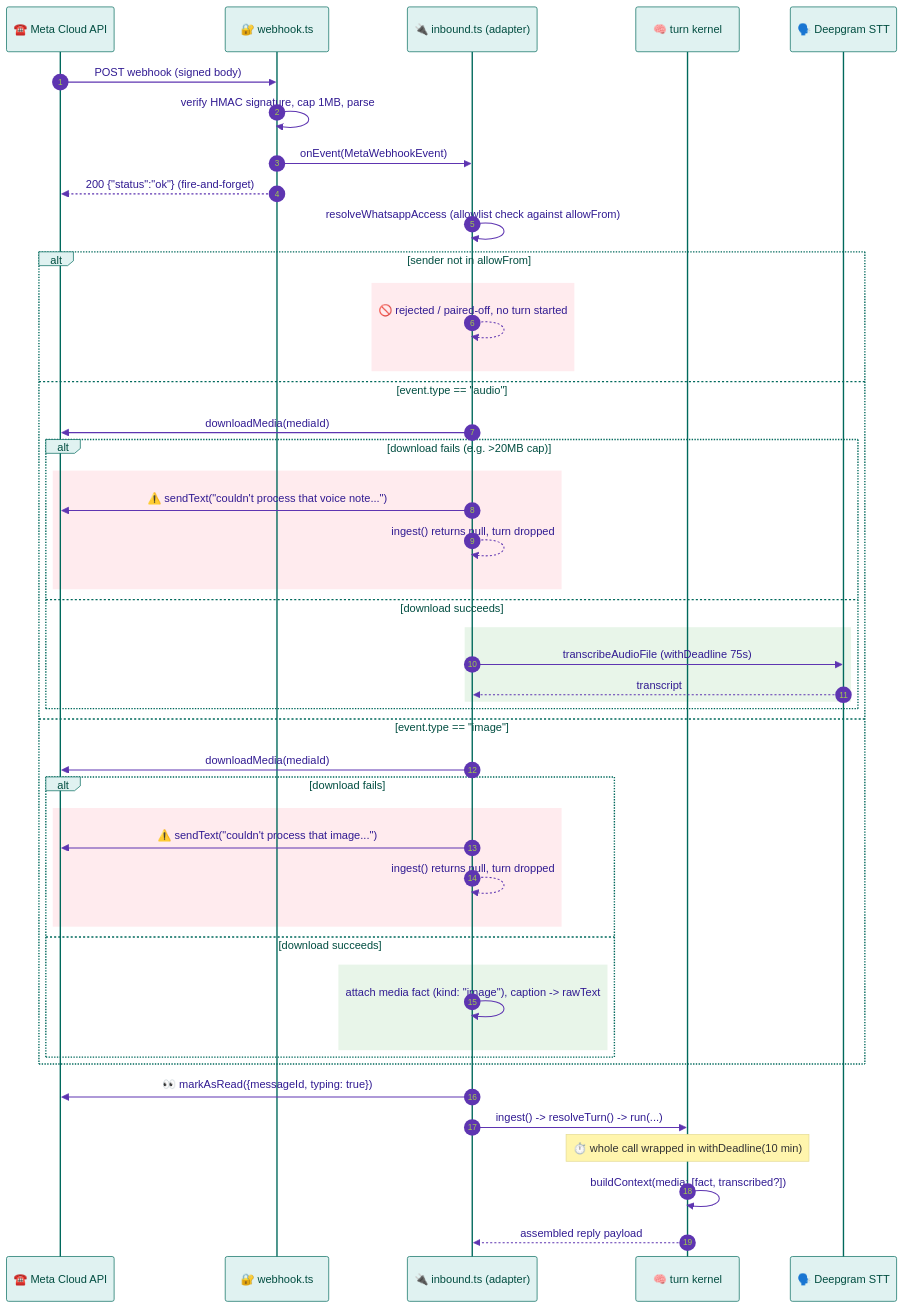
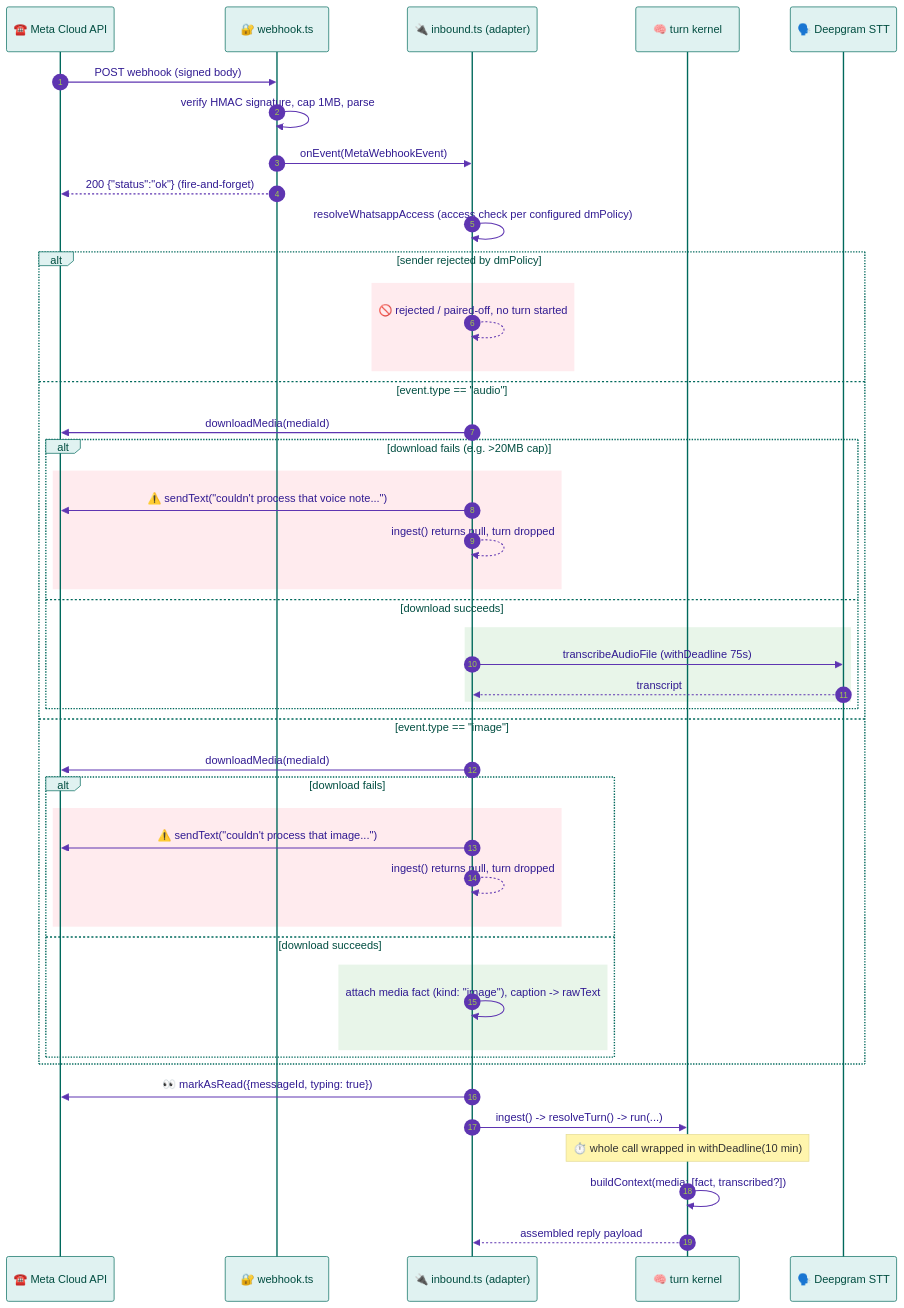
One commit to shqear93/openclaw-whatsapp-cloud changed the third of 6 diagrams in ARCHITECTURE.md. Above: the diagram before and after it, drawn with Mermaid. The commit also changed other lines of this file, not shown here.

First line of the commit message:
docs: fix ARCHITECTURE.md diagrams stale after dmPolicy switched to open

````diff
--- a/ARCHITECTURE.md
+++ b/ARCHITECTURE.md
@@ -277,51 +279,51 @@
 ```mermaid
 %%{init: {'theme': 'base', 'themeVariables': {'primaryColor': '#ede7f6', 'primaryBorderColor': '#5e35b1', 'primaryTextColor': '#311b92', 'lineColor': '#5e35b1', 'actorBkg': '#e0f2f1', 'actorBorder': '#00695c', 'actorTextColor': '#004d40', 'signalColor': '#5e35b1', 'signalTextColor': '#311b92'}}}%%
 sequenceDiagram
     autonumber
     participant Meta as ☎️ Meta Cloud API
     participant WH as 🔐 webhook.ts
     participant IN as 🔌 inbound.ts (adapter)
     participant TK as 🧠 turn kernel
     participant DG as 🗣️ Deepgram STT
 
     Meta->>WH: POST webhook (signed body)
     WH->>WH: verify HMAC signature, cap 1MB, parse
     WH->>IN: onEvent(MetaWebhookEvent)
     WH-->>Meta: 200 {"status":"ok"} (fire-and-forget)
-    IN->>IN: resolveWhatsappAccess (allowlist check against allowFrom)
-    alt sender not in allowFrom
+    IN->>IN: resolveWhatsappAccess (access check per configured dmPolicy)
+    alt sender rejected by dmPolicy
         rect rgb(255, 235, 238)
         IN-->>IN: 🚫 rejected / paired-off, no turn started
         end
     else event.type == "audio"
         IN->>Meta: downloadMedia(mediaId)
         alt download fails (e.g. >20MB cap)
             rect rgb(255, 235, 238)
             IN->>Meta: ⚠️ sendText("couldn't process that voice note...")
             IN-->>IN: ingest() returns null, turn dropped
             end
         else download succeeds
             rect rgb(232, 245, 233)
             IN->>DG: transcribeAudioFile (withDeadline 75s)
             DG-->>IN: transcript
             end
         end
     else event.type == "image"
         IN->>Meta: downloadMedia(mediaId)
         alt download fails
             rect rgb(255, 235, 238)
             IN->>Meta: ⚠️ sendText("couldn't process that image...")
             IN-->>IN: ingest() returns null, turn dropped
             end
         else download succeeds
             rect rgb(232, 245, 233)
             IN->>IN: attach media fact (kind: "image"), caption -> rawText
             end
         end
     end
     IN->>Meta: 👀 markAsRead({messageId, typing: true})
     IN->>TK: ingest() -> resolveTurn() -> run(...)
     Note over TK: ⏱️ whole call wrapped in withDeadline(10 min)
     TK->>TK: buildContext(media: [fact, transcribed?])
     TK-->>IN: assembled reply payload
 ```
````
